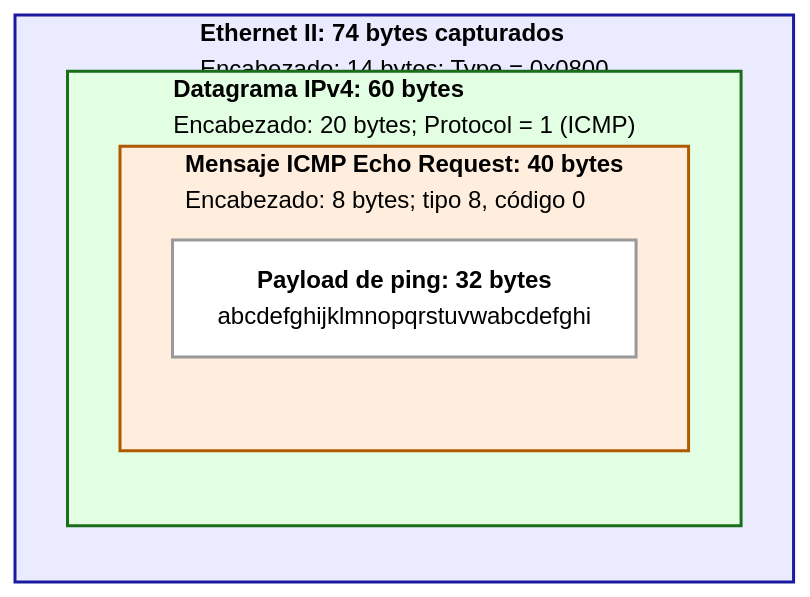
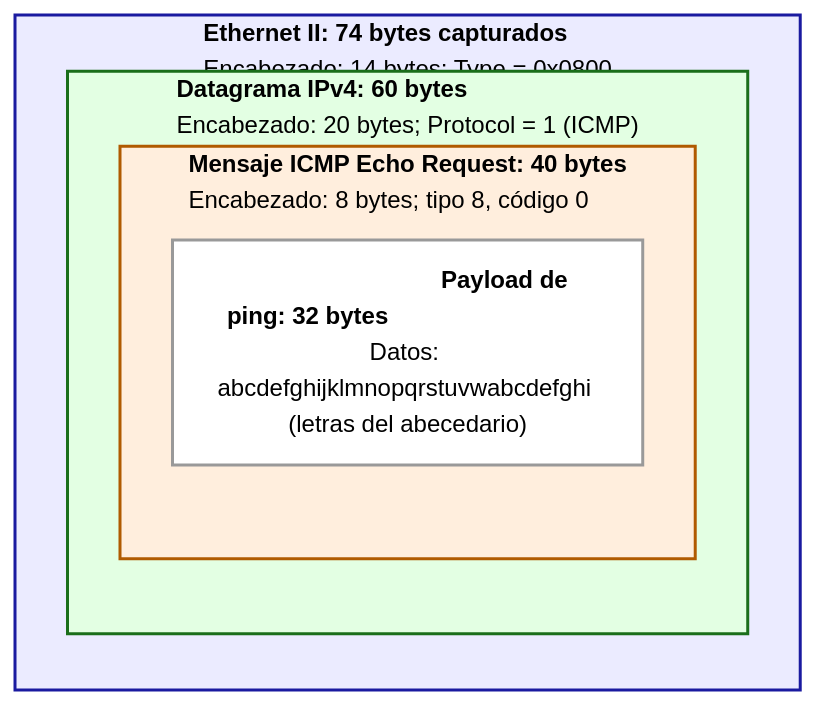
One commit to fabriciobit/TP1-RC changed the diagram in README.md. Above: the diagram before and after it, drawn with Mermaid. The commit also changed other lines of this file, not shown here.

````diff
--- a/README.md
+++ b/README.md
@@ -93,18 +93,18 @@
 ```mermaid
 flowchart TB
   subgraph E["<b>Ethernet II: 74 bytes capturados</b><br/>Encabezado: 14 bytes; Type = 0x0800"]
     direction TB
     subgraph I["<b>Datagrama IPv4: 60 bytes</b><br/>Encabezado: 20 bytes; Protocol = 1 (ICMP)"]
       direction TB
       subgraph C["<b>Mensaje ICMP Echo Request: 40 bytes</b><br/>Encabezado: 8 bytes; tipo 8, código 0"]
         direction TB
-        P["<b>Payload de ping: 32 bytes</b><br/>abcdefghijklmnopqrstuvwabcdefghi"]
+        P["&nbsp;&nbsp;&nbsp;&nbsp;&nbsp;&nbsp;&nbsp;&nbsp;&nbsp;&nbsp;&nbsp;&nbsp;&nbsp;&nbsp;&nbsp;&nbsp;&nbsp;&nbsp;&nbsp;&nbsp;&nbsp;&nbsp;&nbsp;&nbsp;&nbsp;&nbsp;&nbsp;&nbsp;&nbsp;&nbsp;<b>Payload de ping: 32 bytes</b>&nbsp;&nbsp;&nbsp;&nbsp;&nbsp;&nbsp;&nbsp;&nbsp;&nbsp;&nbsp;&nbsp;&nbsp;&nbsp;&nbsp;&nbsp;&nbsp;&nbsp;&nbsp;&nbsp;&nbsp;&nbsp;&nbsp;&nbsp;&nbsp;&nbsp;&nbsp;&nbsp;&nbsp;&nbsp;&nbsp;<br/>Datos: abcdefghijklmnopqrstuvwabcdefghi (letras del abecedario)"]
       end
     end
   end
 
   style E fill:#EBEBFF,stroke:#1a1aa0,stroke-width:2px,color:#000
   style I fill:#E3FFE3,stroke:#1a6e1a,stroke-width:2px,color:#000
   style C fill:#FFEEDD,stroke:#B05A00,stroke-width:2px,color:#000
   style P fill:#FFFFFF,stroke:#999999,stroke-width:2px,color:#000
 ```
````
